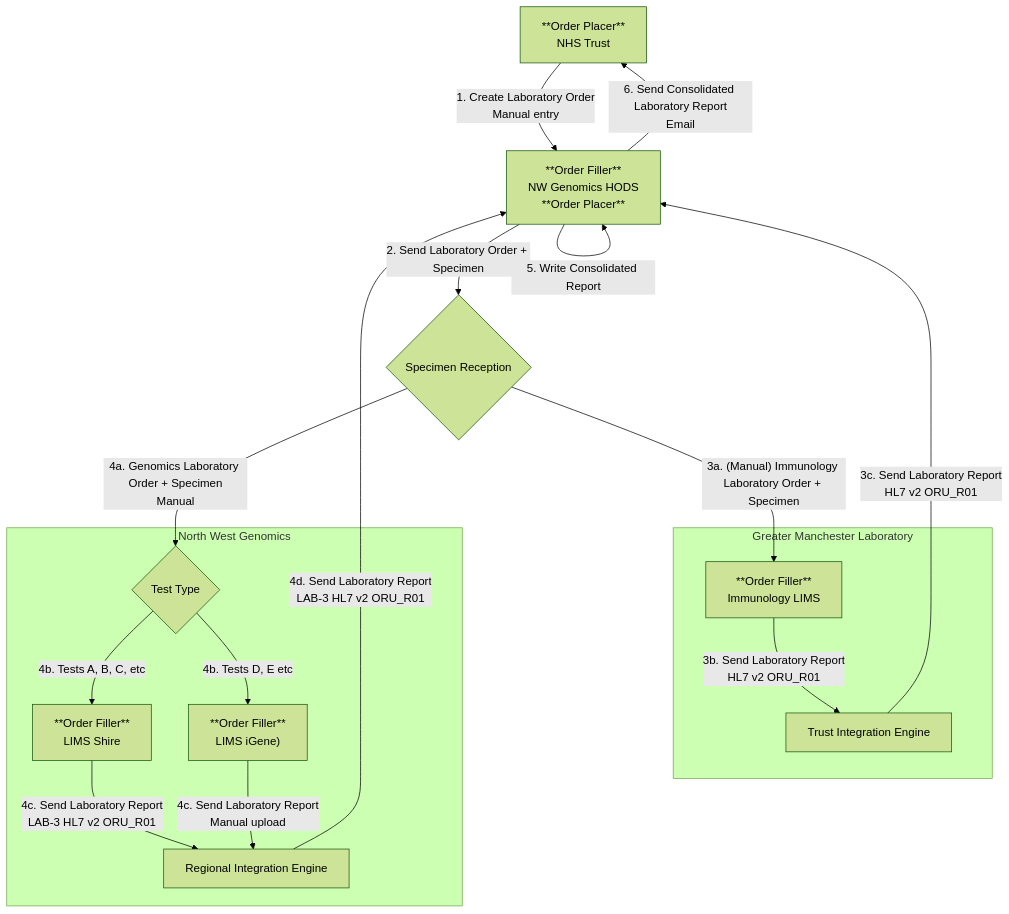
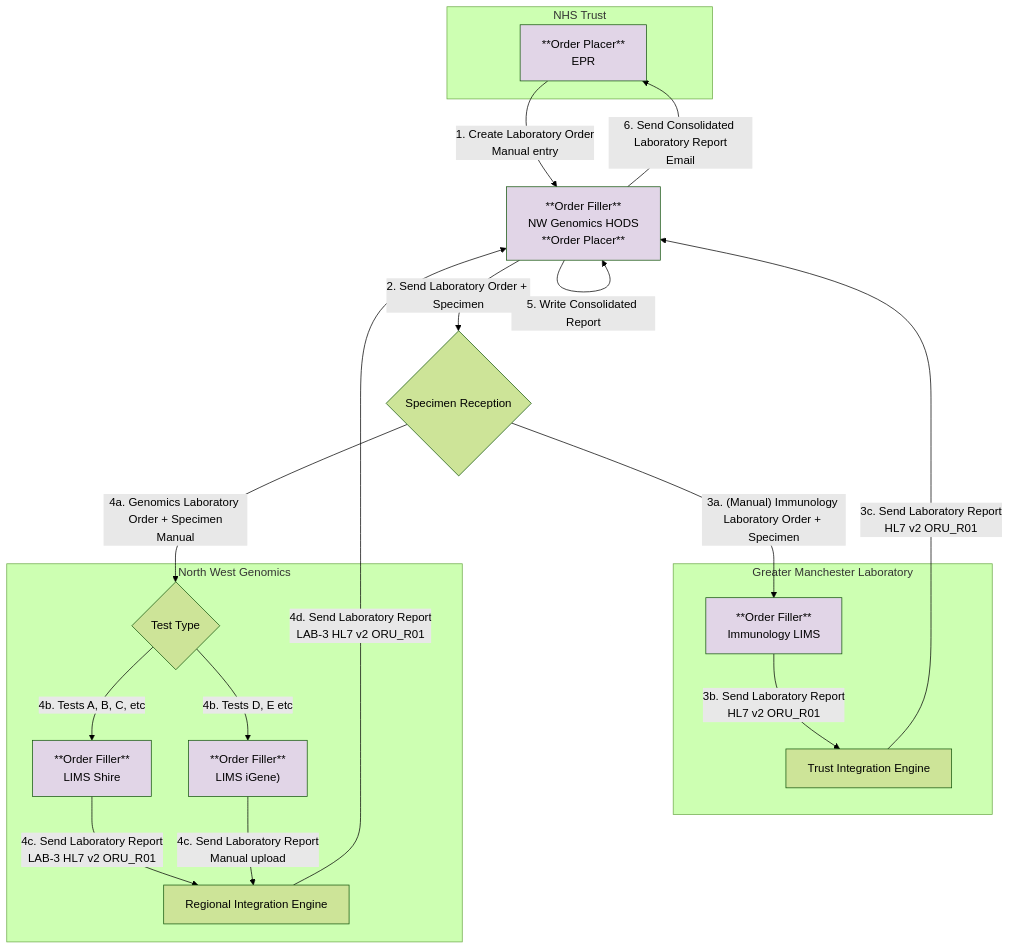
One commit to uk-gov-mirror/nw-gmsa.nw-gmsa.github.com changed the third of 5 diagrams in input/pagecontent/introduction.md. Above: the diagram before and after it, drawn with Mermaid (forest theme).

Commit message:
Reduced complexity

````diff
--- a/input/pagecontent/introduction.md
+++ b/input/pagecontent/introduction.md
@@ -100,26 +100,34 @@
 ```mermaid
 graph TD
-    NHSTrust[**Order Placer**<br/>NHS Trust] --> |"1. Create Laboratory Order<br/>Manual entry"| HODS
+
+    subgraph Trust[NHS Trust]
+        NHSTrust[**Order Placer**<br/>EPR]
+    end 
+    NHSTrust --> |"1. Create Laboratory Order<br/>Manual entry"| HODS
     HODS[**Order Filler**<br/>NW Genomics HODS<br/>**Order Placer**] --> |"2. Send Laboratory Order + Specimen<br/>"| MFTReception{Specimen Reception}
     MFTReception --> |"3a. (Manual) Immunology Laboratory Order + Specimen"| LIMS["**Order Filler**<br/>Immunology LIMS"]
    
     subgraph Laboratory[Greater Manchester Laboratory]
     
         LIMS --> |3b. Send Laboratory Report<br/>HL7 v2 ORU_R01| TIE[Trust Integration Engine]
         
     end 
     TIE --> |3c. Send Laboratory Report<br/>HL7 v2 ORU_R01| HODS
     MFTReception --> |"4a. Genomics Laboratory Order + Specimen<br/>Manual"| TestType
     subgraph NWGenomics[North West Genomics]
         TestType{Test Type} --> |4b. Tests A, B, C, etc| GLHS
         TestType{Test Type} --> |4b. Tests D, E etc| GLHI
         GLHS["**Order Filler**<br/>LIMS Shire"]
         GLHS --> |4c. Send Laboratory Report<br/>LAB-3 HL7 v2 ORU_R01| RIE 
         GLHI["**Order Filler**<br/>LIMS iGene)"]
         GLHI --> |4c. Send Laboratory Report<br/>Manual upload| RIE 
         
     end
     RIE["Regional Integration Engine"] --> |4d. Send Laboratory Report<br/>LAB-3 HL7 v2 ORU_R01| HODS
     HODS --> |5. Write Consolidated Report| HODS
     HODS --> |"6. Send Consolidated Laboratory Report<br/>Email"| NHSTrust
+
+    classDef purple fill:#E1D5E7;
+
+    class NHSTrust,HODS,GLHS,GLHI,LIMS purple
 ```
````
